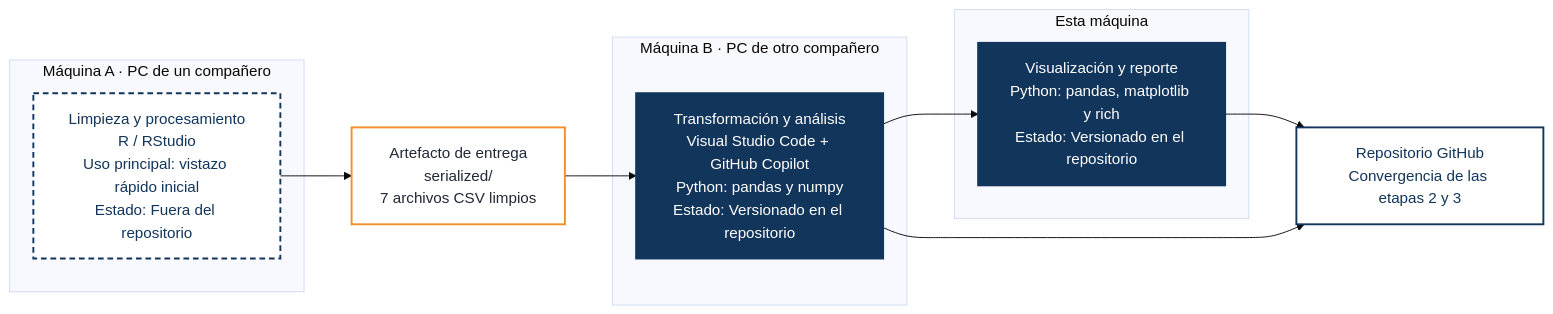
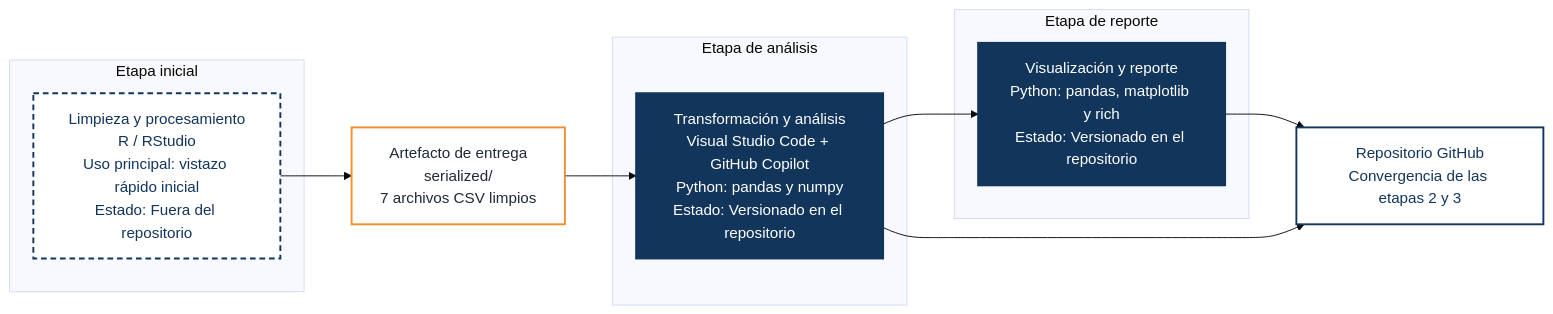
Before and after one commit to alinedmooner/credicorp-capital-value-finders-data-hackathon: the diagram in README.md, drawn with Mermaid (base theme). The commit also changed 9 other files, not shown here.

Commit message:
feat: unify presentation charts in Spanish

````diff
--- a/README.md
+++ b/README.md
@@ -5,31 +5,31 @@
 ```mermaid
 flowchart LR
-    subgraph MA["Máquina A · PC de un compañero"]
+    subgraph MA["Etapa inicial"]
         A["Limpieza y procesamiento<br/>R / RStudio<br/>Uso principal: vistazo rápido inicial<br/>Estado: Fuera del repositorio"]
     end
 
     H["Artefacto de entrega<br/>serialized/<br/>7 archivos CSV limpios"]
 
-    subgraph MB["Máquina B · PC de otro compañero"]
+    subgraph MB["Etapa de análisis"]
         B["Transformación y análisis<br/>Visual Studio Code + GitHub Copilot<br/>Python: pandas y numpy<br/>Estado: Versionado en el repositorio"]
     end
 
-    subgraph MC["Esta máquina"]
+    subgraph MC["Etapa de reporte"]
         C["Visualización y reporte<br/>Python: pandas, matplotlib y rich<br/>Estado: Versionado en el repositorio"]
     end
 
     G["Repositorio GitHub<br/>Convergencia de las etapas 2 y 3"]
 
     A --> H --> B --> C --> G
     B --> G
 
     classDef fuera fill:#FFFFFF,stroke:#12355B,stroke-width:2px,stroke-dasharray: 6 4,color:#12355B;
     classDef versionado fill:#12355B,stroke:#12355B,stroke-width:2px,color:#FFFFFF;
     classDef entrega fill:#FFFFFF,stroke:#F28E2B,stroke-width:2px,color:#1F2937;
     classDef repositorio fill:#FFFFFF,stroke:#12355B,stroke-width:2px,color:#12355B;
 
     class A fuera;
     class B,C versionado;
     class H entrega;
     class G repositorio;
 ```
````
